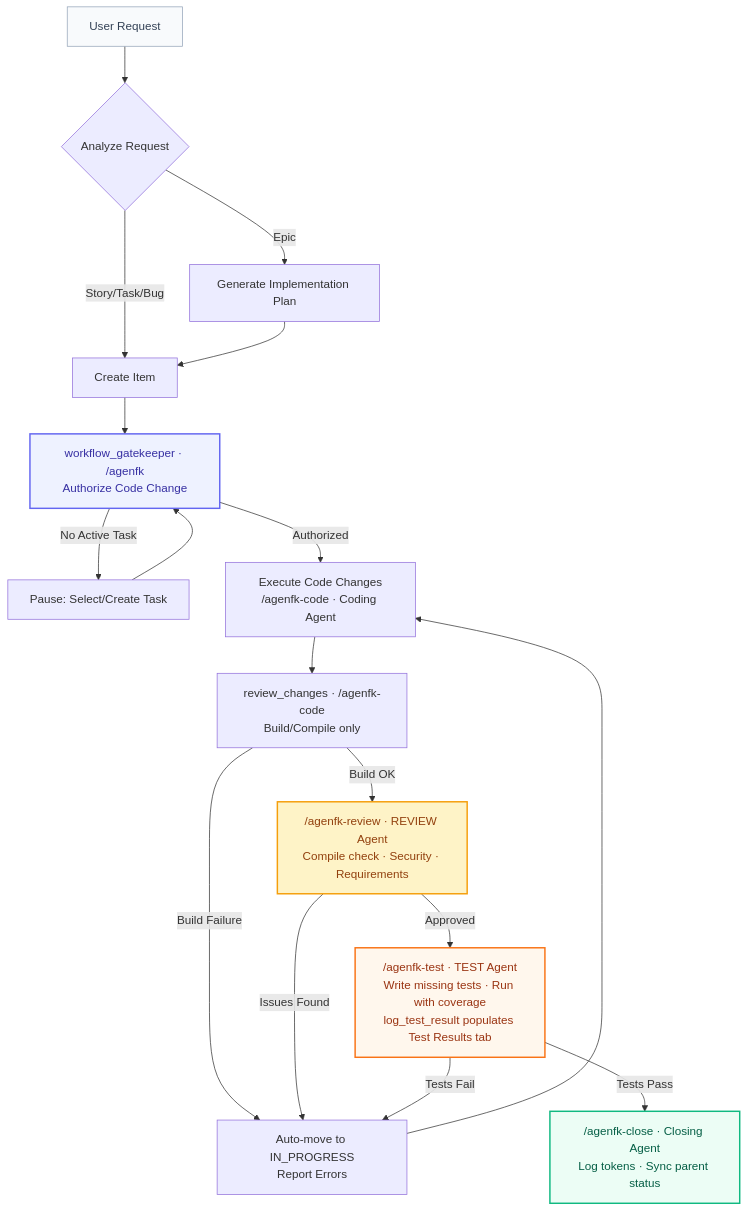
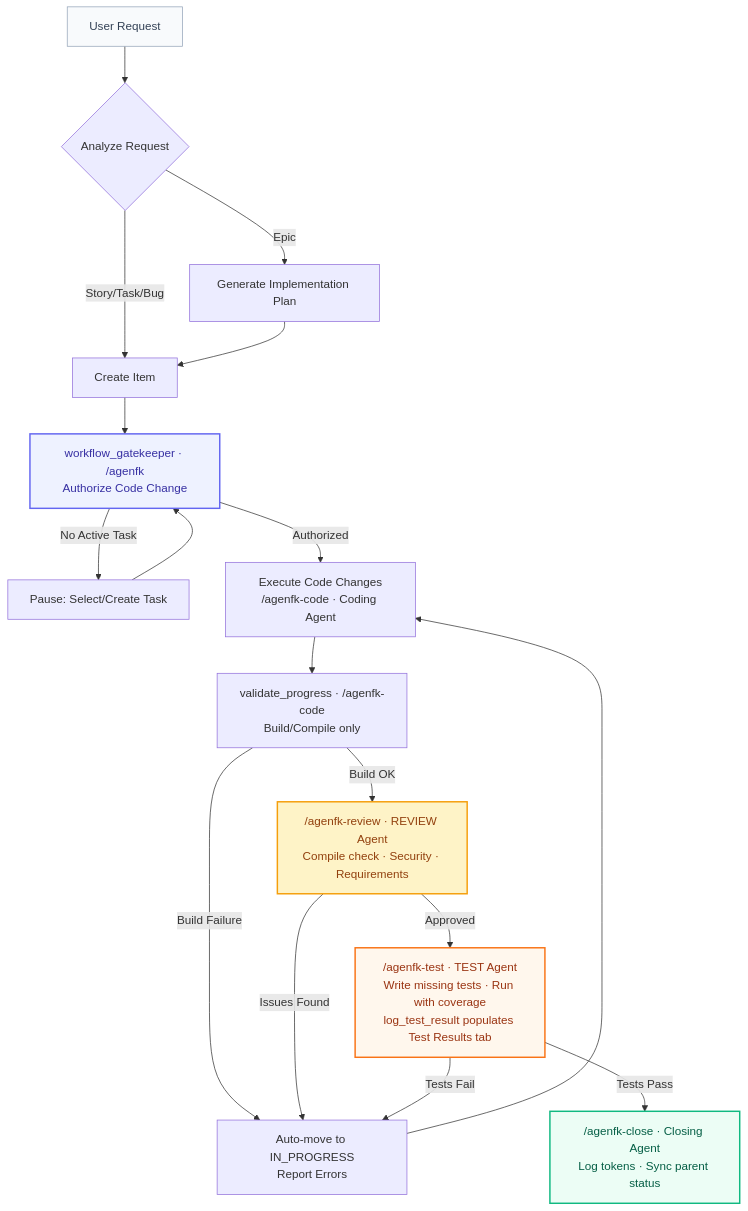
Before and after one commit to cglab-public/agenfk: the diagram in README.md, drawn with Mermaid. The commit also changed other lines of this file and 15 other files, not shown here.

Commit message:
close(task): Show active flow name in Kanban header, left of cycle time [6fe98070-a399-4ce4-920f-2d8f5809365c]

````diff
--- a/README.md
+++ b/README.md
@@ -175,25 +175,25 @@
 ```mermaid
 graph TD
     A[User Request] --> B{Analyze Request}
     B -->|Epic| C[Generate Implementation Plan]
     B -->|Story/Task/Bug| D[Create Item]
     C --> D
     D --> E["workflow_gatekeeper · /agenfk<br/>Authorize Code Change"]
     E -->|No Active Task| F[Pause: Select/Create Task]
     F --> E
     E -->|Authorized| G["Execute Code Changes<br/>/agenfk-code · Coding Agent"]
-    G --> H["review_changes · /agenfk-code<br/>Build/Compile only"]
+    G --> H["validate_progress · /agenfk-code<br/>Build/Compile only"]
     H -->|Build Failure| I[Auto-move to IN_PROGRESS<br/>Report Errors]
     I --> G
     H -->|Build OK| J["/agenfk-review · REVIEW Agent<br/>Compile check · Security · Requirements"]
     J -->|Issues Found| I
     J -->|Approved| K["/agenfk-test · TEST Agent<br/>Write missing tests · Run with coverage<br/>log_test_result populates Test Results tab"]
     K -->|Tests Fail| I
     K -->|Tests Pass| L["/agenfk-close · Closing Agent<br/>Log tokens · Sync parent status"]
 
     style A fill:#f8fafc,stroke:#94a3b8,color:#334155
     style E fill:#eef2ff,stroke:#6366f1,stroke-width:2px,color:#3730a3
     style J fill:#fef3c7,stroke:#f59e0b,stroke-width:2px,color:#92400e
     style K fill:#fff7ed,stroke:#f97316,stroke-width:2px,color:#9a3412
     style L fill:#ecfdf5,stroke:#10b981,stroke-width:2px,color:#065f46
 ```
````
